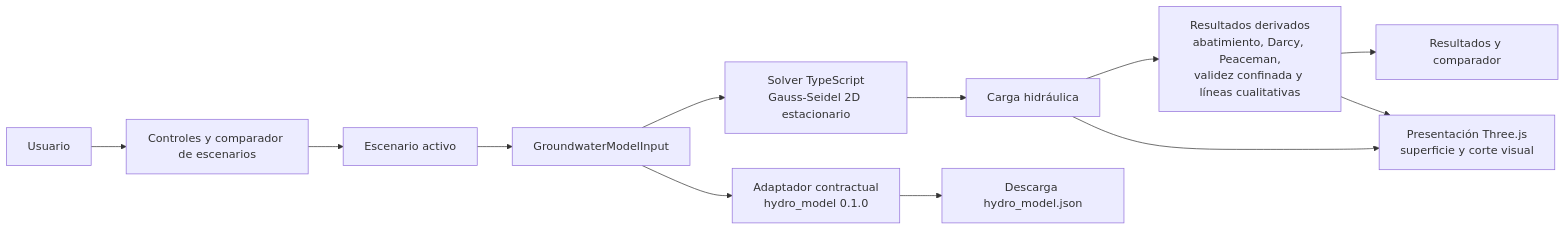
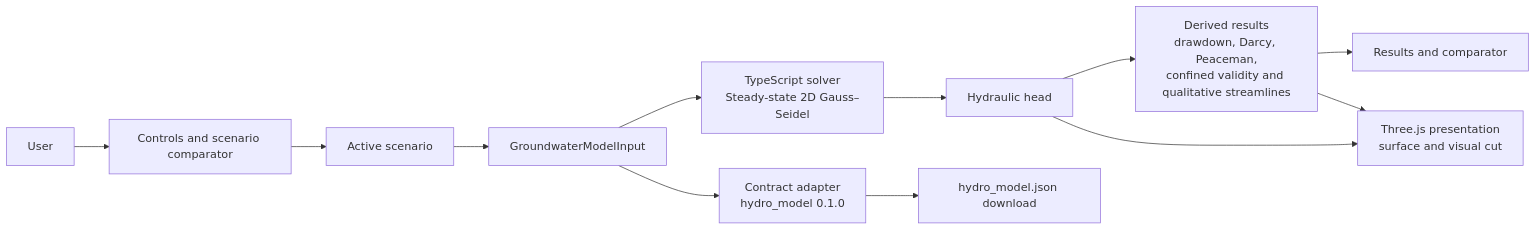
The diagram in README.md (jov-labs/AquiferLab), drawn with Mermaid before and after one commit. The commit also changed other lines of this file and 1 other file, not shown here.

````diff
--- a/README.md
+++ b/README.md
@@ -54,14 +55,14 @@
 ```mermaid
 flowchart LR
-  U[Usuario] --> C[Controles y comparador de escenarios]
-  C --> S[Escenario activo]
+  U[User] --> C[Controls and scenario comparator]
+  C --> S[Active scenario]
   S --> I[GroundwaterModelInput]
-  I --> G[Solver TypeScript<br/>Gauss-Seidel 2D estacionario]
-  G --> H[Carga hidráulica]
-  H --> D[Resultados derivados<br/>abatimiento, Darcy, Peaceman,<br/>validez confinada y líneas cualitativas]
-  H --> V[Presentación Three.js<br/>superficie y corte visual]
-  D --> R[Resultados y comparador]
+  I --> G[TypeScript solver<br/>Steady-state 2D Gauss–Seidel]
+  G --> H[Hydraulic head]
+  H --> D[Derived results<br/>drawdown, Darcy, Peaceman,<br/>confined validity and qualitative streamlines]
+  H --> V[Three.js presentation<br/>surface and visual cut]
+  D --> R[Results and comparator]
   D --> V
-  I --> X[Adaptador contractual<br/>hydro_model 0.1.0]
-  X --> E[Descarga hydro_model.json]
+  I --> X[Contract adapter<br/>hydro_model 0.1.0]
+  X --> E[hydro_model.json download]
 ```
````
